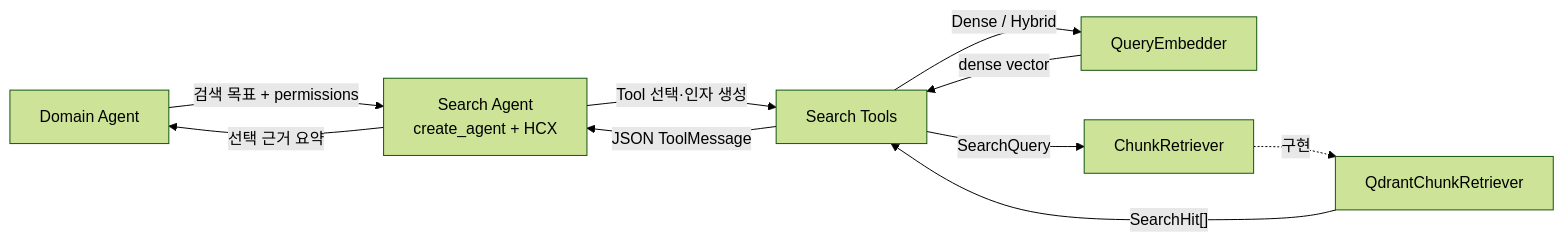
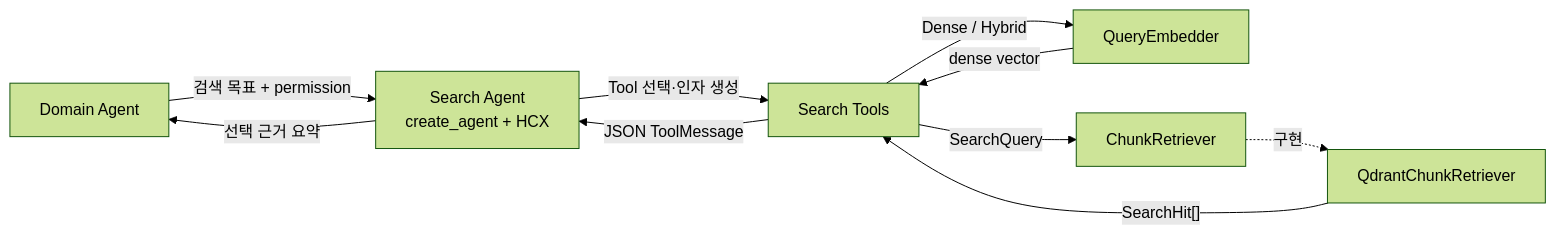
Before and after one commit to nayeon653/-ace3: the diagram in docs/retrieval/qdrant-search-functions.md, drawn with Mermaid (forest theme). The commit also changed other lines of this file and 14 other files, not shown here.

````diff
--- a/docs/retrieval/qdrant-search-functions.md
+++ b/docs/retrieval/qdrant-search-functions.md
@@ -42,12 +42,12 @@
 ```mermaid
 flowchart LR
-    D["Domain Agent"] -->|"검색 목표 + permissions"| S["Search Agent<br/>create_agent + HCX"]
+    D["Domain Agent"] -->|"검색 목표 + permission"| S["Search Agent<br/>create_agent + HCX"]
     S -->|"Tool 선택·인자 생성"| T["Search Tools"]
     T -->|"Dense / Hybrid"| E["QueryEmbedder"]
     E -->|"dense vector"| T
     T -->|"SearchQuery"| B["ChunkRetriever"]
     B -. "구현" .-> Q["QdrantChunkRetriever"]
     Q -->|"SearchHit[]"| T
     T -->|"JSON ToolMessage"| S
     S -->|"선택 근거 요약"| D
 ```
````
